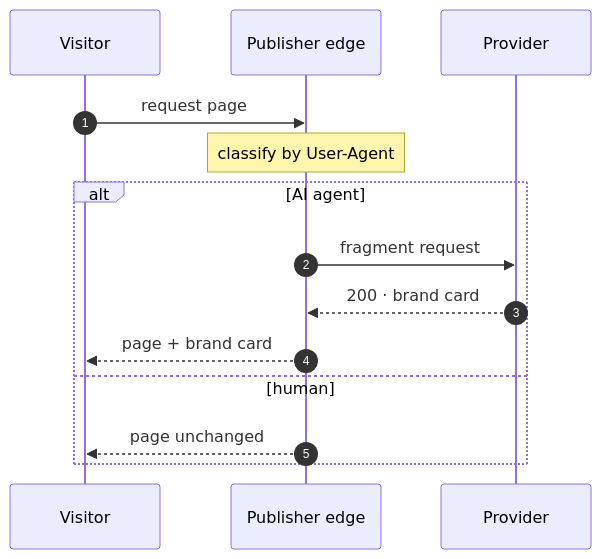
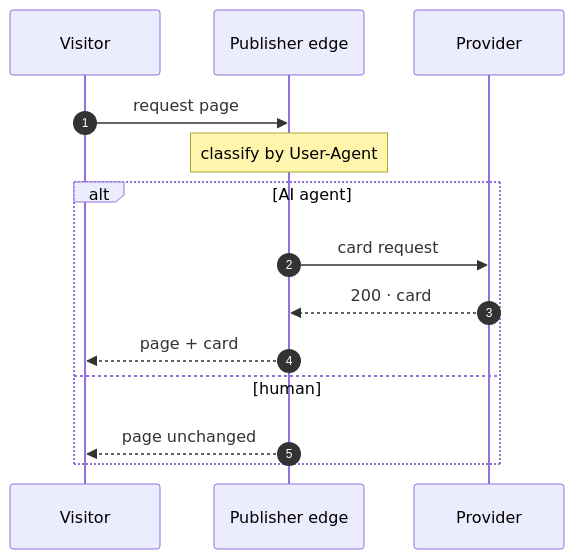
The diagram in docs/index.md (brandcontent-dev/spec), drawn with Mermaid before and after one commit. The commit also changed other lines of this file and 11 other files, not shown here.

First line of the commit message:
Spec review: card/fragment vocab, Why-now section, integration & agent verification (#1)

````diff
--- a/docs/index.md
+++ b/docs/index.md
@@ -27,16 +27,16 @@
 ```mermaid
 sequenceDiagram
     autonumber
     participant V as Visitor
     participant E as Publisher edge
     participant P as Provider
     V->>E: request page
     Note over E: classify by User-Agent
     alt AI agent
-        E->>P: fragment request
-        P-->>E: 200 · brand card
-        E-->>V: page + brand card
+        E->>P: card request
+        P-->>E: 200 · card
+        E-->>V: page + card
     else human
         E-->>V: page unchanged
     end
 ```
````
